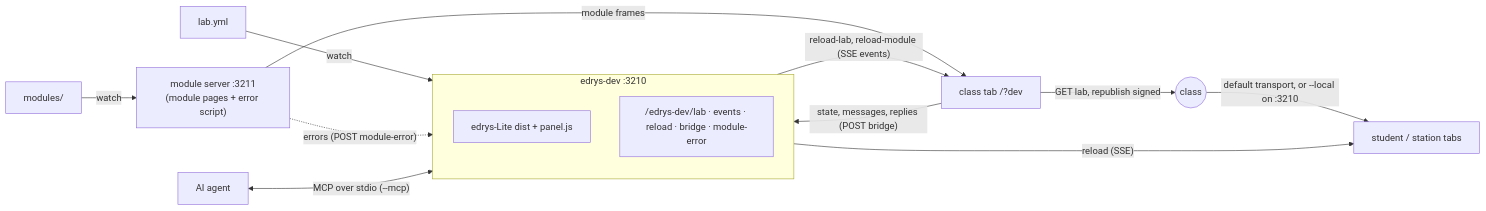
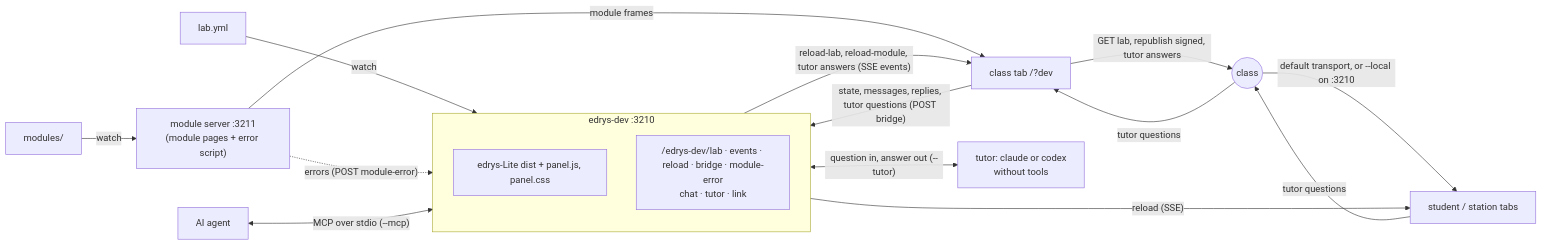
One commit to edrys-labs/edrys-devserver changed the diagram in README.md. Above: the diagram before and after it, drawn with Mermaid. The commit also changed other lines of this file, not shown here.

Commit message:
README: update mermaid with tutor mode

````diff
--- a/README.md
+++ b/README.md
@@ -225,18 +225,21 @@
 ```mermaid
 flowchart LR
   lab[lab.yml] -- watch --> srv
   mods[modules/] -- watch --> msrv["module server :3211<br/>(module pages + error script)"]
   subgraph srv ["edrys-dev :3210"]
     direction TB
-    static["edrys-Lite dist + panel.js"]
-    api["/edrys-dev/lab · events · reload · bridge · module-error"]
+    static["edrys-Lite dist + panel.js, panel.css"]
+    api["/edrys-dev/lab · events · reload · bridge · module-error<br/>chat · tutor · link"]
   end
-  srv -- "reload-lab, reload-module (SSE events)" --> tab["class tab /?dev"]
-  tab -- "GET lab, republish signed" --> room((class))
-  tab -- "state, messages, replies (POST bridge)" --> srv
+  srv -- "reload-lab, reload-module, tutor answers (SSE events)" --> tab["class tab /?dev"]
+  tab -- "GET lab, republish signed, tutor answers" --> room((class))
+  tab -- "state, messages, replies, tutor questions (POST bridge)" --> srv
   msrv -- module frames --> tab
   msrv -. "errors (POST module-error)" .-> srv
   srv -- "reload (SSE)" --> peers
   room -- "default transport, or --local on :3210" --> peers[student / station tabs]
+  peers -- "tutor questions" --> room
+  room -- "tutor questions" --> tab
   agent[AI agent] <-- "MCP over stdio (--mcp)" --> srv
+  srv <-- "question in, answer out (--tutor)" --> tutor["tutor: claude or codex<br/>without tools"]
 ```
````
